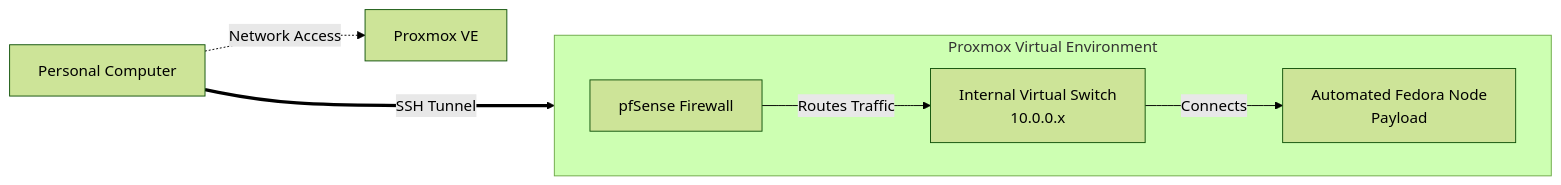
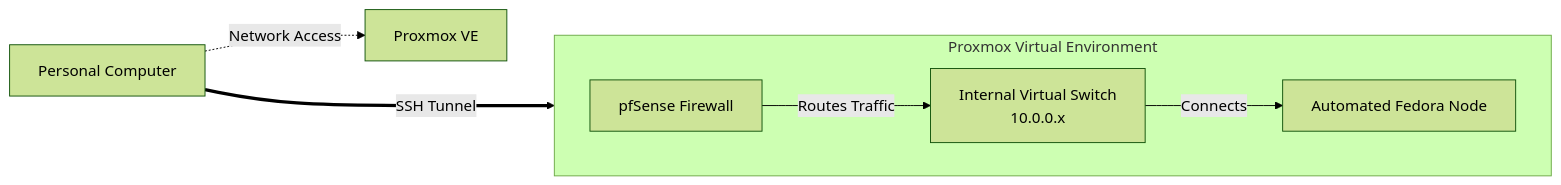
Before and after one commit to adop05/proxmox-automation: the diagram in README.md, drawn with Mermaid (forest theme). The commit also changed other lines of this file, not shown here.

````diff
--- a/README.md
+++ b/README.md
@@ -8,16 +8,16 @@
 ```mermaid
 graph LR
     User[Personal Computer] -.->|Network Access| PVE[Proxmox VE]
     
     subgraph pve_env [Proxmox&nbsp;Virtual&nbsp;Environment]
         direction LR
         Router[pfSense Firewall]
         Switch[Internal Virtual Switch<br/>10.0.0.x]
-        Fedora[Automated Fedora Node<br/>Payload]
+        Fedora[Automated Fedora Node]
         
         Router -->|Routes Traffic| Switch
         Switch -->|Connects| Fedora
     end
     
     User ===>|SSH Tunnel| Router
 ```
````
